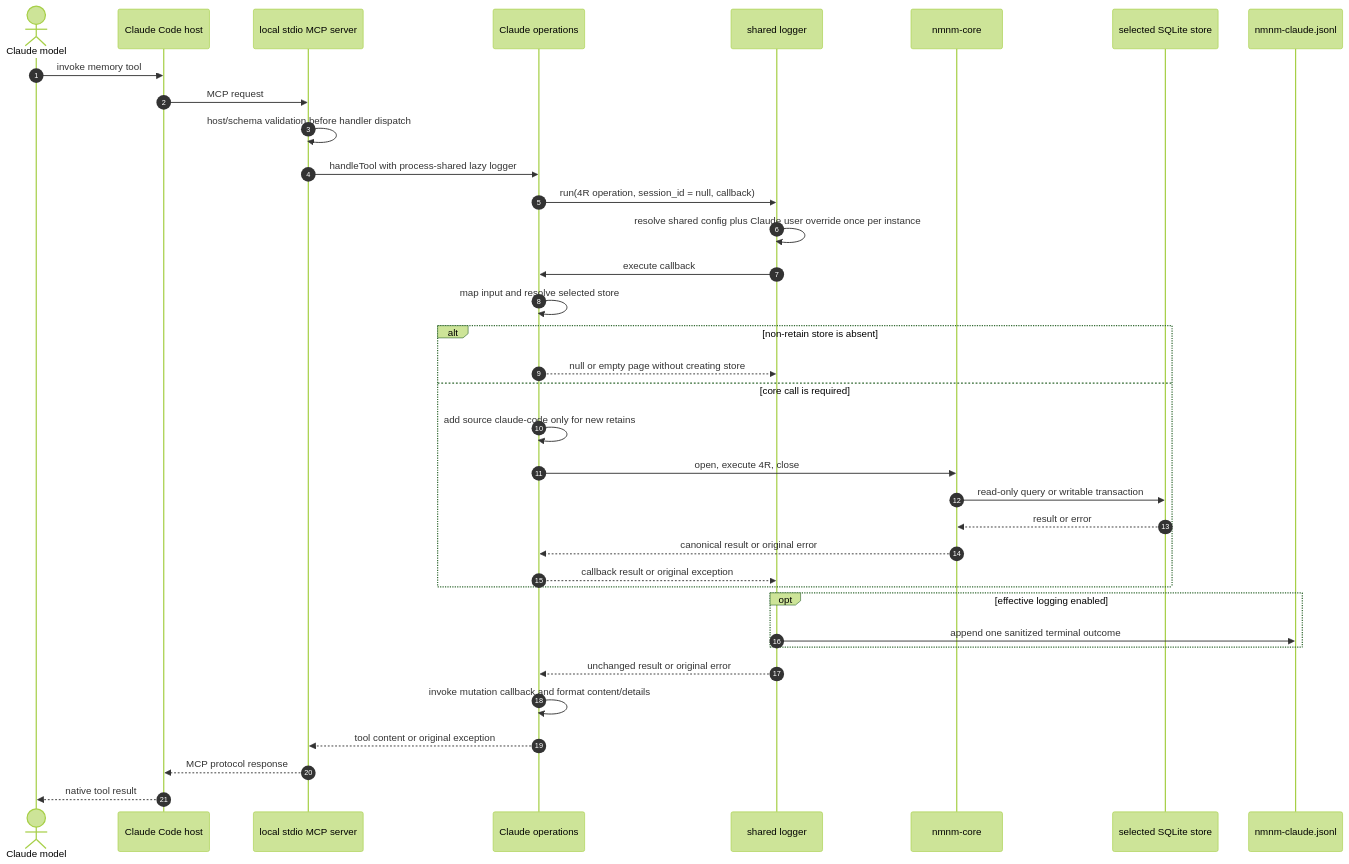
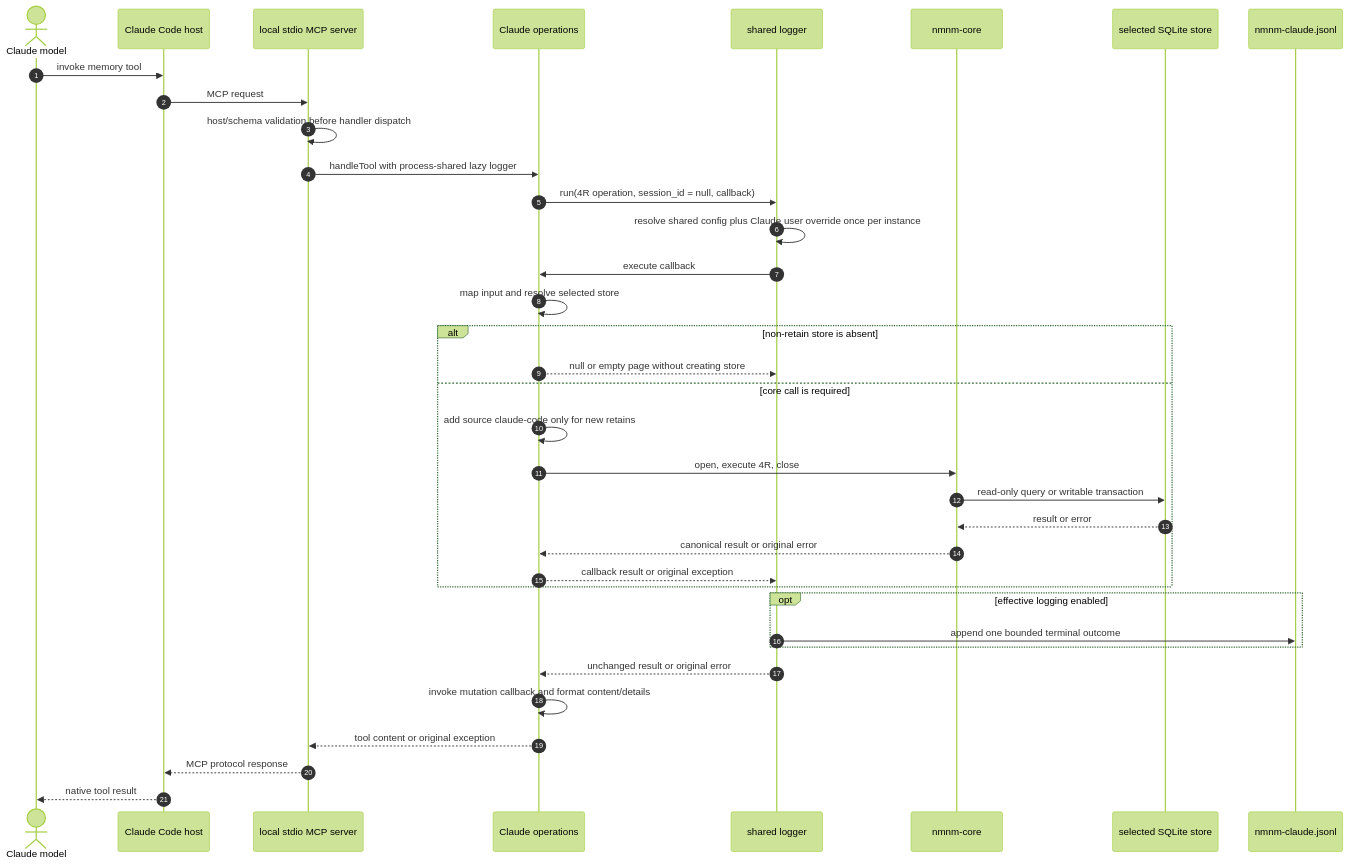
Before and after one commit to linellazatin/nanomneme: the fifth of 7 diagrams in docs/SEQUENCE_MEMORY_HANDLING.md, drawn with Mermaid (forest theme). The commit also changed other lines of this file, not shown here.

Commit message:
docs: align memory flow diagrams and observation boundaries

````diff
--- a/docs/SEQUENCE_MEMORY_HANDLING.md
+++ b/docs/SEQUENCE_MEMORY_HANDLING.md
@@ -171,39 +235,39 @@
 ```mermaid
 sequenceDiagram
   autonumber
   actor Model as Claude model
   participant Host as Claude Code host
   participant MCP as local stdio MCP server
   participant Ops as Claude operations
   participant Logger as shared logger
   participant Core as nmnm-core
   participant DB as selected SQLite store
   participant Log as nmnm-claude.jsonl
 
   Model->>Host: invoke memory tool
   Host->>MCP: MCP request
   MCP->>MCP: host/schema validation before handler dispatch
   MCP->>Ops: handleTool with process-shared lazy logger
   Ops->>Logger: run(4R operation, session_id = null, callback)
   Logger->>Logger: resolve shared config plus Claude user override once per instance
   Logger->>Ops: execute callback
   Ops->>Ops: map input and resolve selected store
   alt non-retain store is absent
     Ops-->>Logger: null or empty page without creating store
   else core call is required
     Ops->>Ops: add source claude-code only for new retains
     Ops->>Core: open, execute 4R, close
     Core->>DB: read-only query or writable transaction
     DB-->>Core: result or error
     Core-->>Ops: canonical result or original error
     Ops-->>Logger: callback result or original exception
   end
   opt effective logging enabled
-    Logger->>Log: append one sanitized terminal outcome
+    Logger->>Log: append one bounded terminal outcome
   end
   Logger-->>Ops: unchanged result or original error
   Ops->>Ops: invoke mutation callback and format content/details
   Ops-->>MCP: tool content or original exception
   MCP-->>Host: MCP protocol response
   Host-->>Model: native tool result
 ```
````
